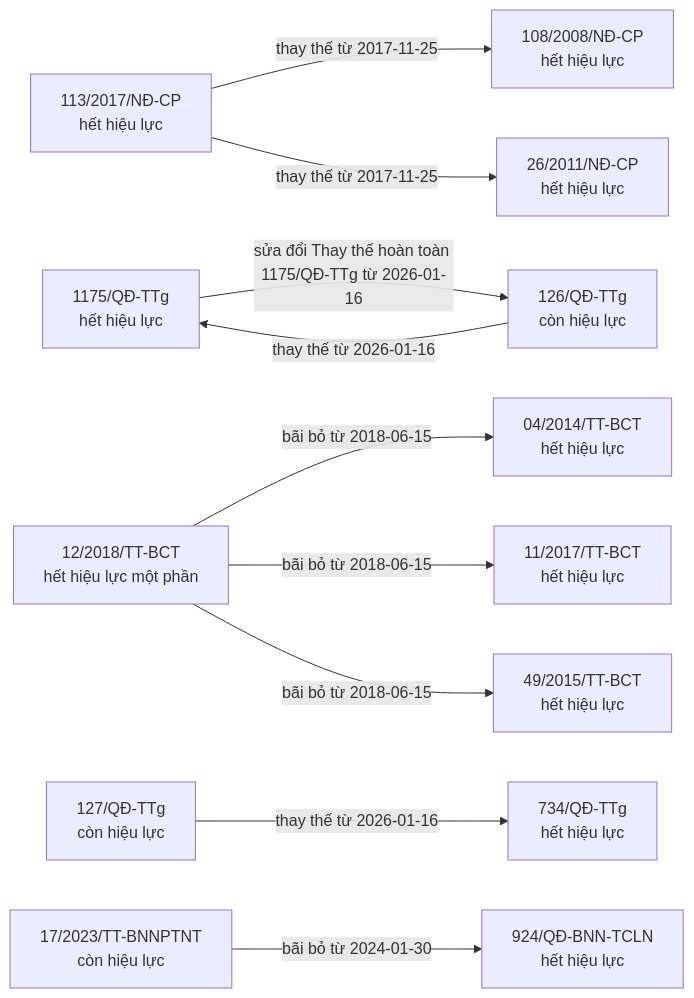
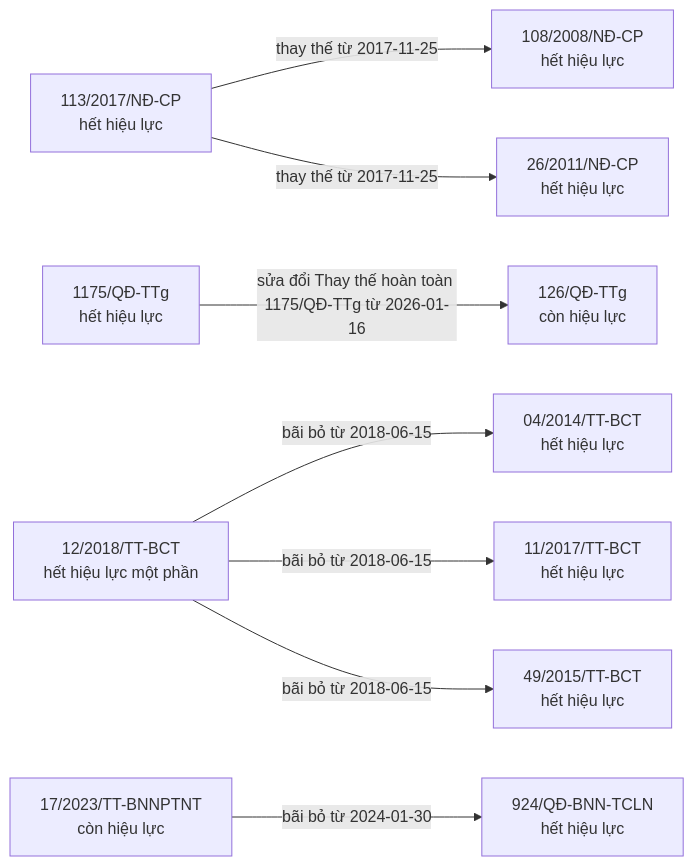
One commit to ozvietnam/oz-wiki-plhq changed the first of 8 diagrams in bao-cao/quan-he.md. Above: the diagram before and after it, drawn with Mermaid. The commit also changed other lines of this file and 4 other files, not shown here.

````diff
--- a/bao-cao/quan-he.md
+++ b/bao-cao/quan-he.md
@@ -7,25 +7,21 @@
 ```mermaid
 flowchart LR
   n_113_2017_N__CP["113/2017/NĐ-CP<br/>hết hiệu lực"]
   n_108_2008_N__CP["108/2008/NĐ-CP<br/>hết hiệu lực"]
   n_26_2011_N__CP["26/2011/NĐ-CP<br/>hết hiệu lực"]
   n_1175_Q__TTg["1175/QĐ-TTg<br/>hết hiệu lực"]
   n_126_Q__TTg["126/QĐ-TTg<br/>còn hiệu lực"]
   n_12_2018_TT_BCT["12/2018/TT-BCT<br/>hết hiệu lực một phần"]
   n_04_2014_TT_BCT["04/2014/TT-BCT<br/>hết hiệu lực"]
   n_11_2017_TT_BCT["11/2017/TT-BCT<br/>hết hiệu lực"]
   n_49_2015_TT_BCT["49/2015/TT-BCT<br/>hết hiệu lực"]
-  n_127_Q__TTg["127/QĐ-TTg<br/>còn hiệu lực"]
-  n_734_Q__TTg["734/QĐ-TTg<br/>hết hiệu lực"]
   n_17_2023_TT_BNNPTNT["17/2023/TT-BNNPTNT<br/>còn hiệu lực"]
   n_924_Q__BNN_TCLN["924/QĐ-BNN-TCLN<br/>hết hiệu lực"]
   n_113_2017_N__CP -->|thay thế từ 2017-11-25| n_108_2008_N__CP
   n_113_2017_N__CP -->|thay thế từ 2017-11-25| n_26_2011_N__CP
   n_1175_Q__TTg -->|sửa đổi Thay thế hoàn toàn 1175/QĐ-TTg từ 2026-01-16| n_126_Q__TTg
   n_12_2018_TT_BCT -->|bãi bỏ từ 2018-06-15| n_04_2014_TT_BCT
   n_12_2018_TT_BCT -->|bãi bỏ từ 2018-06-15| n_11_2017_TT_BCT
   n_12_2018_TT_BCT -->|bãi bỏ từ 2018-06-15| n_49_2015_TT_BCT
-  n_126_Q__TTg -->|thay thế từ 2026-01-16| n_1175_Q__TTg
-  n_127_Q__TTg -->|thay thế từ 2026-01-16| n_734_Q__TTg
   n_17_2023_TT_BNNPTNT -->|bãi bỏ từ 2024-01-30| n_924_Q__BNN_TCLN
 ```
````
